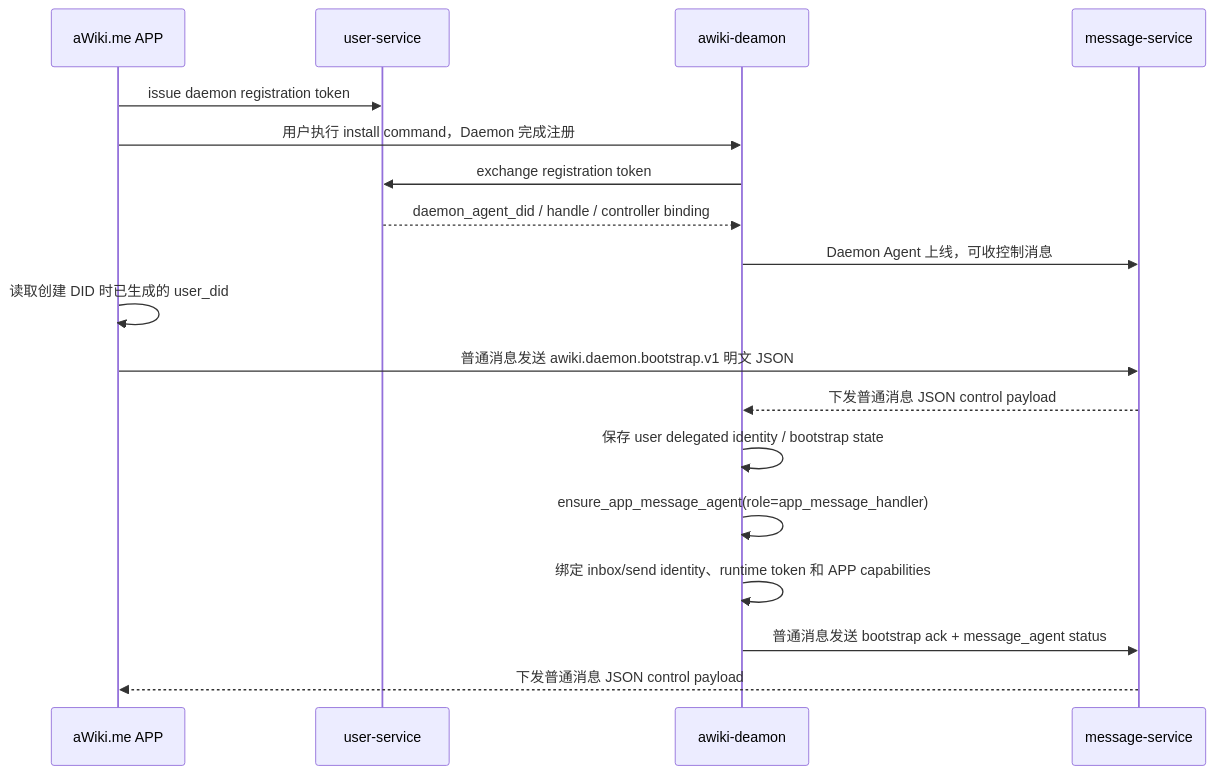
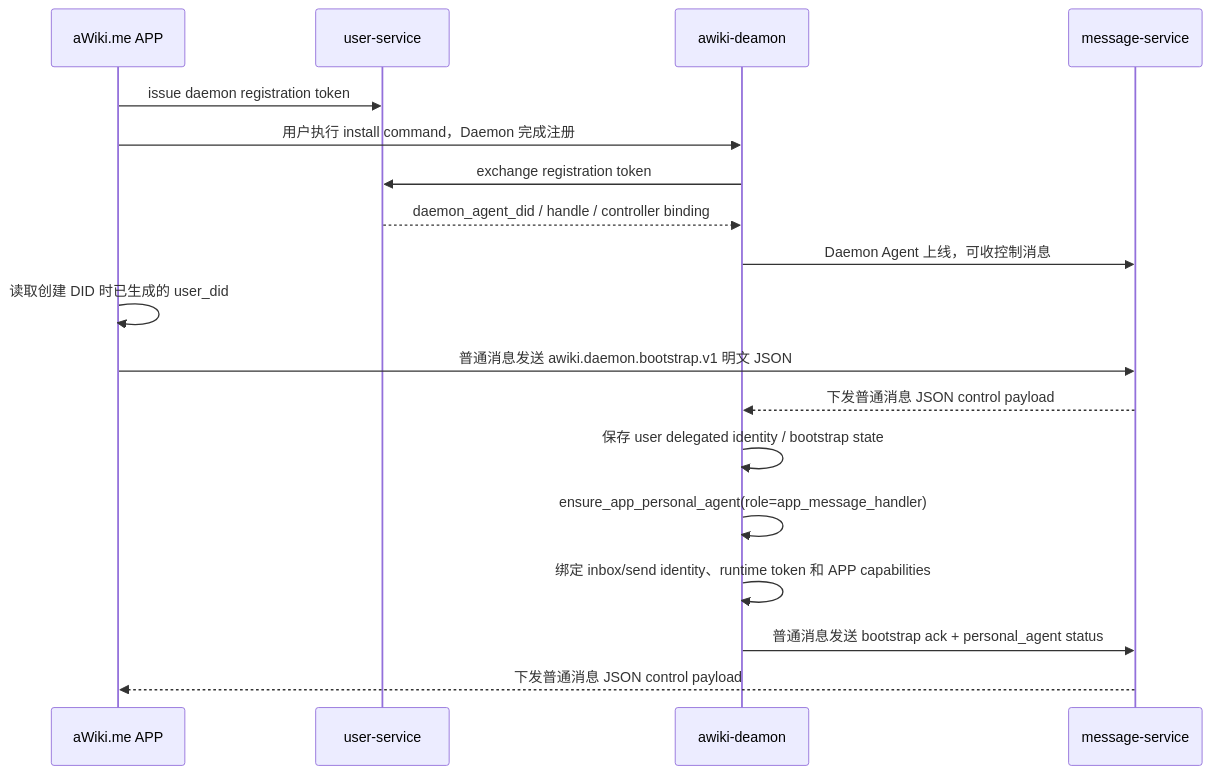
The first of 5 diagrams in docs/agent-im/agent_im_core_design.md (AgentConnect/awiki-cli-rs2), drawn with Mermaid before and after one commit. The commit also changed other lines of this file and 40 other files, not shown here.

Commit message:
refactor: rename message agent to personal agent

````diff
--- a/docs/agent-im/agent_im_core_design.md
+++ b/docs/agent-im/agent_im_core_design.md
@@ -310,21 +310,21 @@
 ```mermaid
 sequenceDiagram
     participant App as aWiki.me APP
     participant UserSvc as user-service
     participant Daemon as awiki-deamon
     participant MsgSvc as message-service
 
     App->>UserSvc: issue daemon registration token
     App->>Daemon: 用户执行 install command，Daemon 完成注册
     Daemon->>UserSvc: exchange registration token
     UserSvc-->>Daemon: daemon_agent_did / handle / controller binding
     Daemon->>MsgSvc: Daemon Agent 上线，可收控制消息
     App->>App: 读取创建 DID 时已生成的 user_did#daemon-key-1 子私钥
     App->>MsgSvc: 普通消息发送 awiki.daemon.bootstrap.v1 明文 JSON
     MsgSvc-->>Daemon: 下发普通消息 JSON control payload
     Daemon->>Daemon: 保存 user delegated identity / bootstrap state
-    Daemon->>Daemon: ensure_app_message_agent(role=app_message_handler)
+    Daemon->>Daemon: ensure_app_personal_agent(role=app_message_handler)
     Daemon->>Daemon: 绑定 inbox/send identity、runtime token 和 APP capabilities
-    Daemon->>MsgSvc: 普通消息发送 bootstrap ack + message_agent status
+    Daemon->>MsgSvc: 普通消息发送 bootstrap ack + personal_agent status
     MsgSvc-->>App: 下发普通消息 JSON control payload
 ```
````
